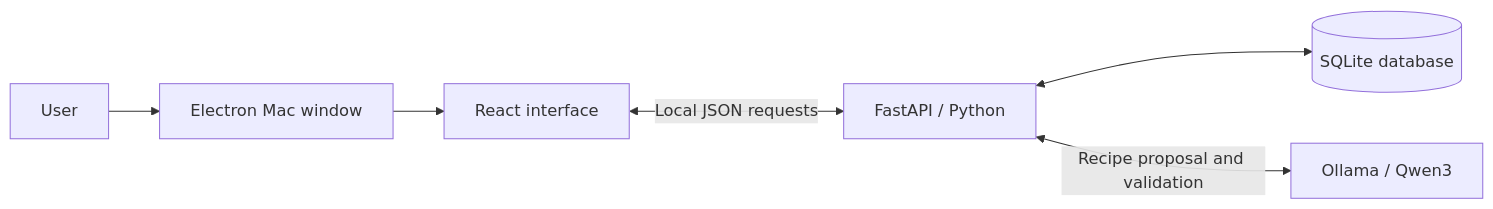
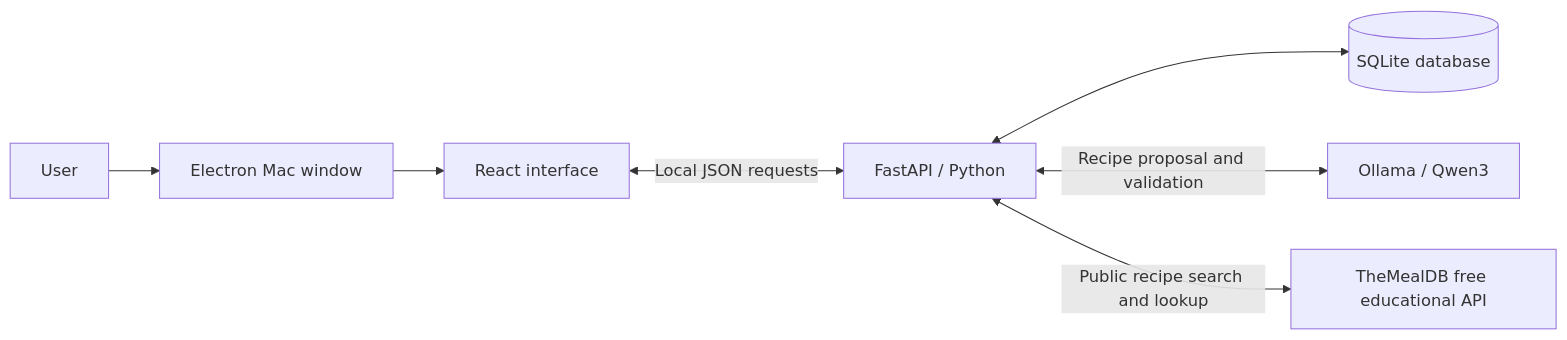
One commit to miggymaliksi/CO-TC-Case-Comp-Winners changed the diagram in docs/PROJECT_SUMMARY.md. Above: the diagram before and after it, drawn with Mermaid. The commit also changed other lines of this file and 5 other files, not shown here.

````diff
--- a/docs/PROJECT_SUMMARY.md
+++ b/docs/PROJECT_SUMMARY.md
@@ -36,8 +36,9 @@
 ```mermaid
 flowchart LR
     U[User] --> E[Electron Mac window]
     E --> R[React interface]
     R <-->|Local JSON requests| P[FastAPI / Python]
     P <--> D[(SQLite database)]
     P <-->|Recipe proposal and validation| A[Ollama / Qwen3]
+    P <-->|Public recipe search and lookup| T[TheMealDB free educational API]
 ```
````
